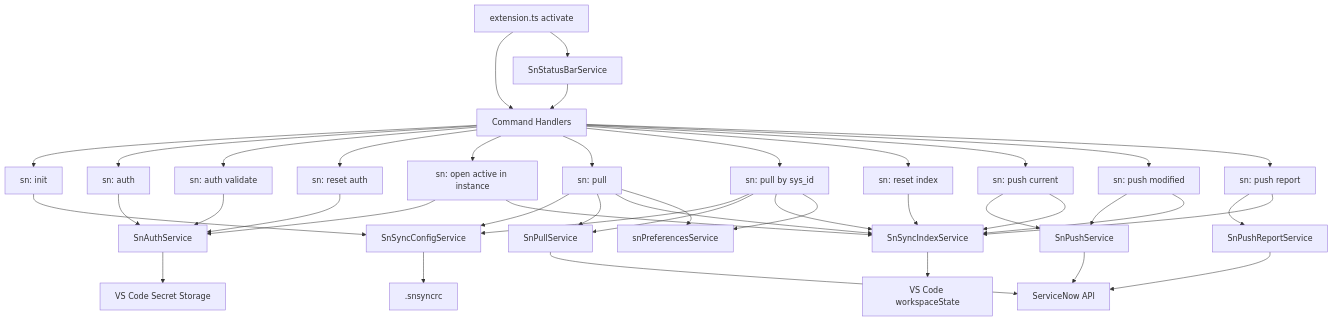
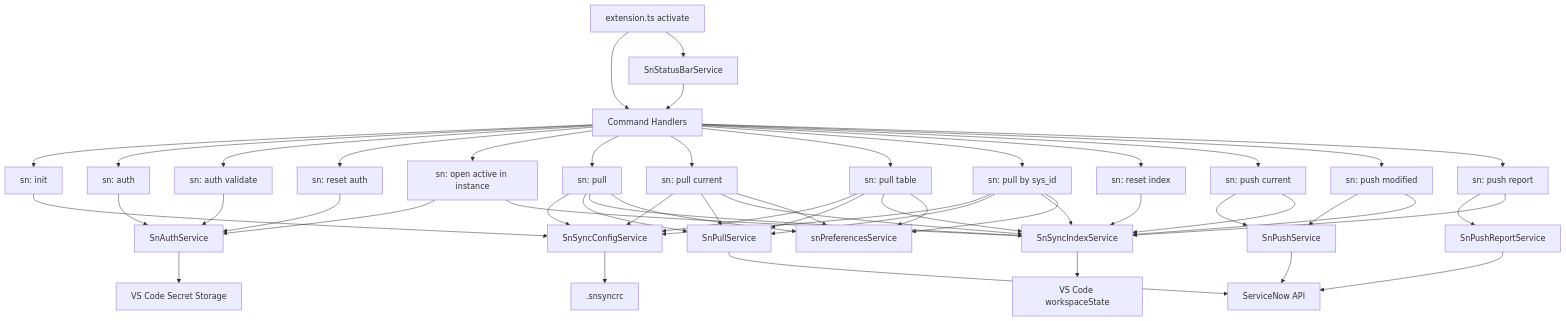
The diagram in docs/architecture.md (AlexAlvarez092/sn-sync), drawn with Mermaid before and after one commit. The commit also changed other lines of this file and 5 other files, not shown here.

Commit message:
feat: add commands for pulling current record and table-specific records

````diff
--- a/docs/architecture.md
+++ b/docs/architecture.md
@@ -206,55 +220,67 @@
 ```mermaid
 flowchart TD
   EXT[extension.ts activate] --> CMD[Command Handlers]
 
   CMD --> INIT[sn: init]
   CMD --> AUTH[sn: auth]
   CMD --> AUTHV[sn: auth validate]
   CMD --> AUTHR[sn: reset auth]
   CMD --> OPEN[sn: open active in instance]
   CMD --> PULL[sn: pull]
+  CMD --> PULLCUR[sn: pull current]
+  CMD --> PULLTBL[sn: pull table]
   CMD --> PULLID[sn: pull by sys_id]
   CMD --> RESET[sn: reset index]
   CMD --> PUSHA[sn: push current]
   CMD --> PUSHM[sn: push modified]
   CMD --> PUSHR[sn: push report]
   EXT --> SB[SnStatusBarService]
 
   INIT --> CFG[SnSyncConfigService]
   AUTH --> AUTHS[SnAuthService]
   AUTHV --> AUTHS
   AUTHR --> AUTHS
   OPEN --> AUTHS
   OPEN --> INDEX
 
   PULL --> CFG
   PULL --> PULLS[SnPullService]
   PULL --> INDEX[SnSyncIndexService]
   PULL --> PREF[snPreferencesService]
+
+  PULLCUR --> CFG
+  PULLCUR --> PULLS
+  PULLCUR --> INDEX
+  PULLCUR --> PREF
+
+  PULLTBL --> CFG
+  PULLTBL --> PULLS
+  PULLTBL --> INDEX
+  PULLTBL --> PREF
 
   PULLID --> CFG
   PULLID --> PULLS
   PULLID --> INDEX
   PULLID --> PREF
 
   RESET --> INDEX
 
   PUSHA --> PUSHS[SnPushService]
   PUSHA --> INDEX
 
   PUSHM --> PUSHS
   PUSHM --> INDEX
 
   PUSHR --> REP[SnPushReportService]
   PUSHR --> INDEX
 
   SB --> CMD
 
   PULLS --> SN[ServiceNow API]
   PUSHS --> SN
   REP --> SN
 
   INDEX --> WS[VS Code workspaceState]
   AUTHS --> SEC[VS Code Secret Storage]
   CFG --> RC[.snsyncrc]
 ```
````
